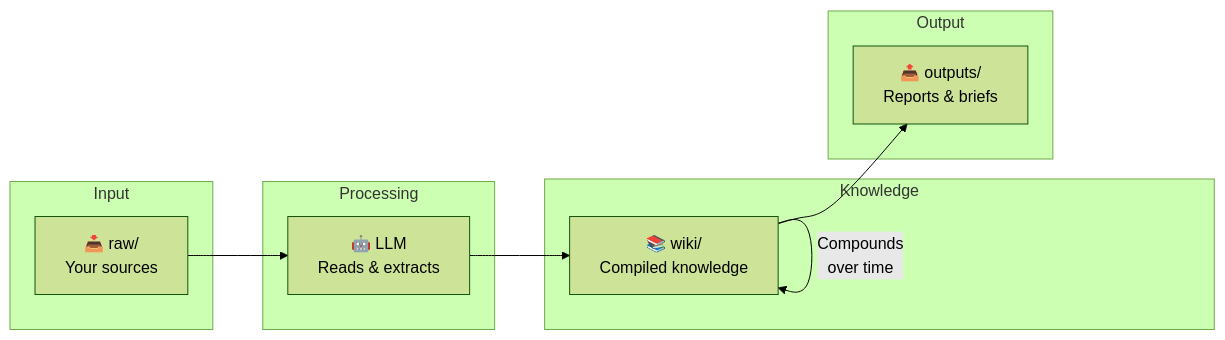
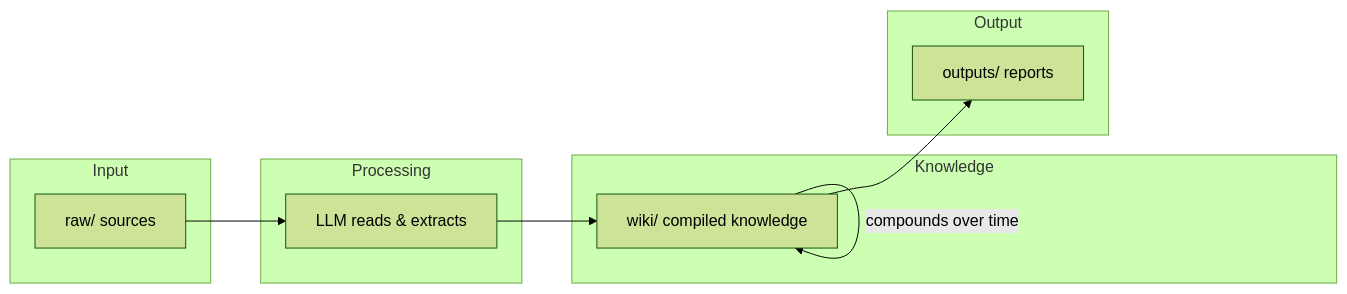
The diagram in README.md (JPeetz/MeMex-Zero-RAG), drawn with Mermaid (forest theme) before and after one commit.

Commit message:
fix(readme): remove emojis from mermaid diagram to fix GitHub rendering error

````diff
--- a/README.md
+++ b/README.md
@@ -42,23 +42,23 @@
 ```mermaid
 flowchart LR
     subgraph Input
-        R["📥 raw/\nYour sources"]
+        R["raw/ sources"]
     end
     
     subgraph Processing
-        L["🤖 LLM\nReads & extracts"]
+        L["LLM reads & extracts"]
     end
     
     subgraph Knowledge
-        W["📚 wiki/\nCompiled knowledge"]
+        W["wiki/ compiled knowledge"]
     end
     
     subgraph Output
-        O["📤 outputs/\nReports & briefs"]
+        O["outputs/ reports"]
     end
     
     R --> L
     L --> W
     W --> O
-    W -->|"Compounds\nover time"| W
+    W -->|compounds over time| W
 ```
````
